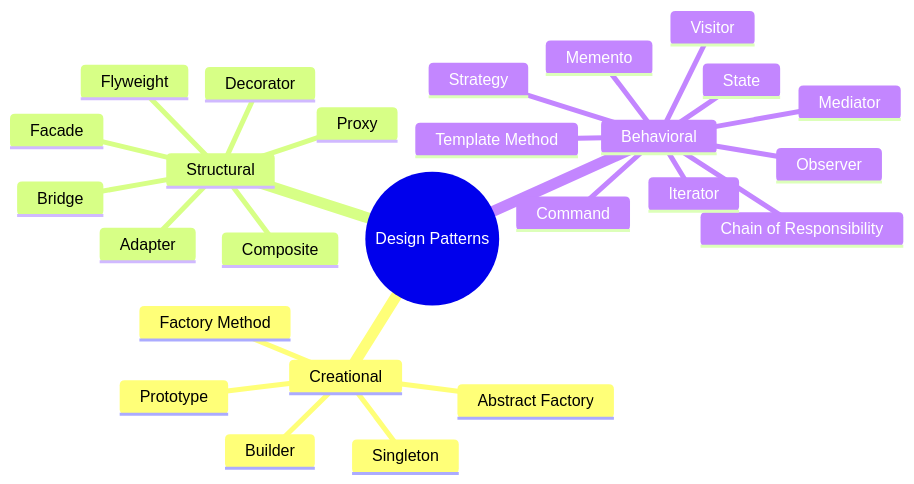
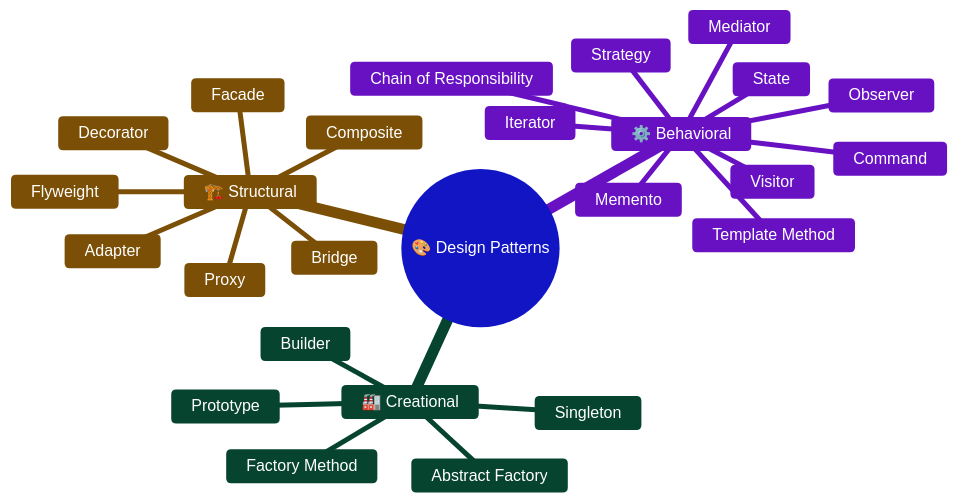
One commit to Seen1231028/Design-Patterns changed the diagram in README.md. Above: the diagram before and after it, drawn with Mermaid.

Commit message:
docs: enhance design patterns mindmap with styling and category icons

````diff
--- a/README.md
+++ b/README.md
@@ -28,29 +28,30 @@
 ```mermaid
+%%{init: {'theme': 'base', 'themeVariables': {'primaryColor': '#6366f1', 'primaryTextColor': '#fff', 'primaryBorderColor': '#4f46e5', 'lineColor': '#94a3b8', 'secondaryColor': '#10b981', 'tertiaryColor': '#f59e0b', 'fontFamily': 'Segoe UI, sans-serif'}}}%%
 mindmap
-  root((Design Patterns))
-    Creational
+  root((🎨 Design Patterns))
+    🏭 Creational
       Factory Method
       Abstract Factory
       Builder
       Prototype
       Singleton
-    Structural
+    🏗️ Structural
       Adapter
       Bridge
       Composite
       Decorator
       Facade
       Flyweight
       Proxy
-    Behavioral
+    ⚙️ Behavioral
       Chain of Responsibility
       Command
       Iterator
       Mediator
       Memento
       Observer
       State
       Strategy
       Template Method
       Visitor
 ```
````
